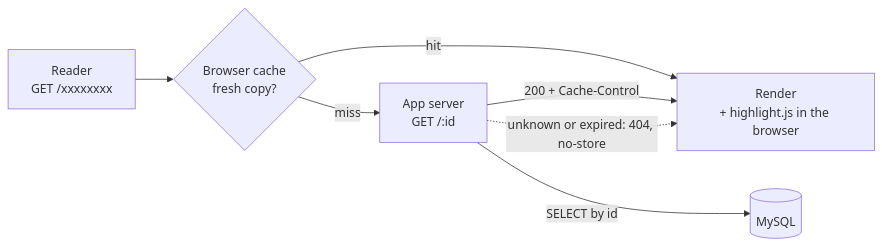
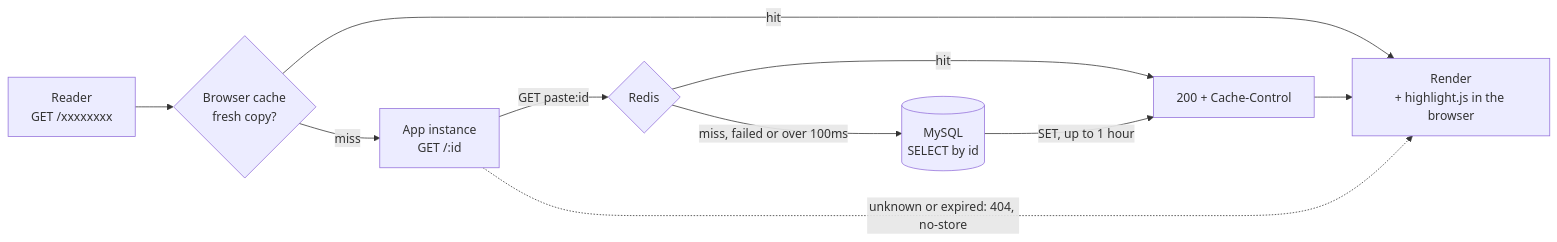
One commit to bulutaysarac/pastebin changed the third of 5 diagrams in README.md. Above: the diagram before and after it, drawn with Mermaid. The commit also changed other lines of this file, not shown here.

Commit message:
docs: describe the cache, read counts, instances and failures (#7)

````diff
--- a/README.md
+++ b/README.md
@@ -31,9 +50,12 @@
 ```mermaid
 flowchart LR
     Reader["Reader<br/>GET /xxxxxxxx"] --> Cache{"Browser cache<br/>fresh copy?"}
     Cache -->|hit| Render["Render<br/>+ highlight.js in the browser"]
-    Cache -->|miss| App["App server<br/>GET /:id"]
-    App -->|"SELECT by id"| DB[("MySQL")]
-    App -->|"200 + Cache-Control"| Render
+    Cache -->|miss| App["App instance<br/>GET /:id"]
+    App -->|"GET paste:id"| Redis{"Redis"}
+    Redis -->|hit| Reply["200 + Cache-Control"]
+    Redis -->|"miss, failed or over 100ms"| DB[("MySQL<br/>SELECT by id")]
+    DB -->|"SET, up to 1 hour"| Reply
+    Reply --> Render
     App -.->|"unknown or expired: 404, no-store"| Render
 ```
````
